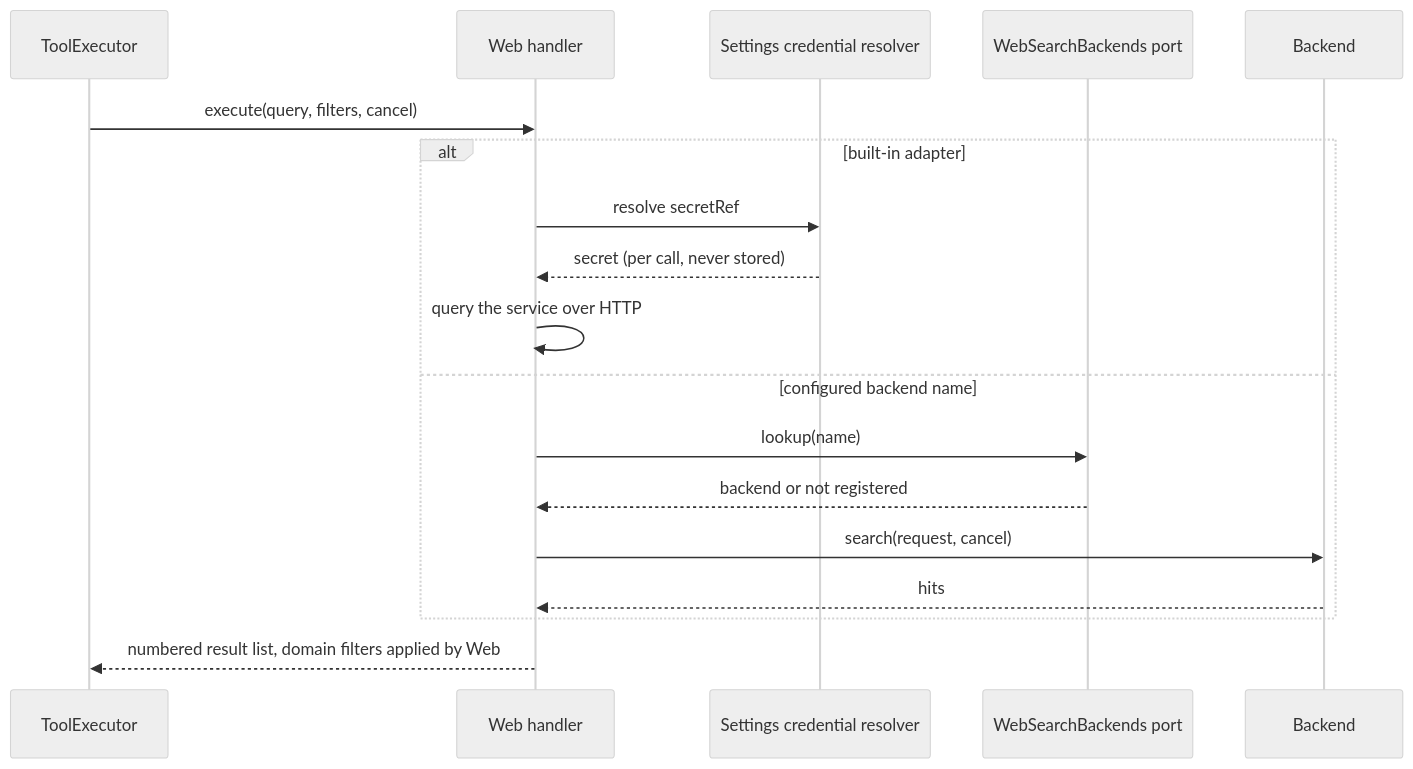
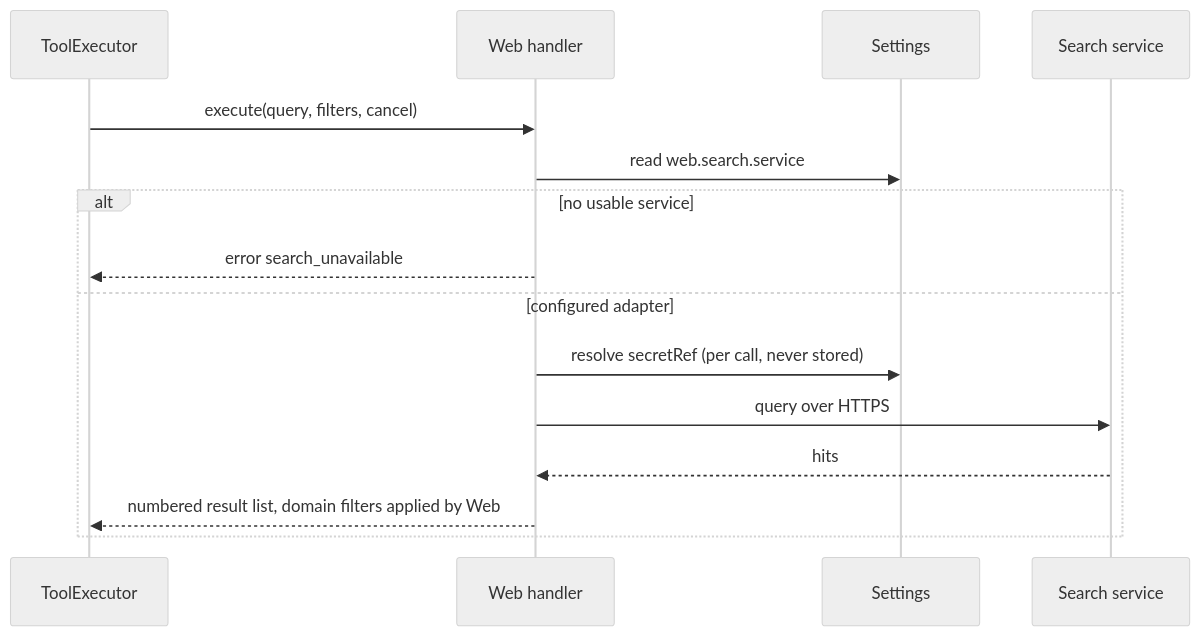
Before and after one commit to CoutinhoTTS/dim-agent: the fourth of 5 diagrams in docs/design/plugins/Web.md, drawn with Mermaid (neutral theme). The commit also changed other lines of this file and 3 other files, not shown here.

Commit message:
docs(design): rescope Web, SessionTitle, Notifications and Hooks per ADR 002

````diff
--- a/docs/design/plugins/Web.md
+++ b/docs/design/plugins/Web.md
@@ -124,20 +89,17 @@
 ```mermaid
 sequenceDiagram
   participant X as ToolExecutor
   participant W as Web handler
-  participant C as Settings credential resolver
-  participant G as WebSearchBackends port
-  participant K as Backend
+  participant S as Settings
+  participant Q as Search service
   X->>W: execute(query, filters, cancel)
-  alt built-in adapter
-    W->>C: resolve secretRef
-    C-->>W: secret (per call, never stored)
-    W->>W: query the service over HTTP
-  else configured backend name
-    W->>G: lookup(name)
-    G-->>W: backend or not registered
-    W->>K: search(request, cancel)
-    K-->>W: hits
+  W->>S: read web.search.service
+  alt no usable service
+    W-->>X: error search_unavailable
+  else configured adapter
+    W->>S: resolve secretRef (per call, never stored)
+    W->>Q: query over HTTPS
+    Q-->>W: hits
+    W-->>X: numbered result list, domain filters applied by Web
   end
-  W-->>X: numbered result list, domain filters applied by Web
 ```
````
